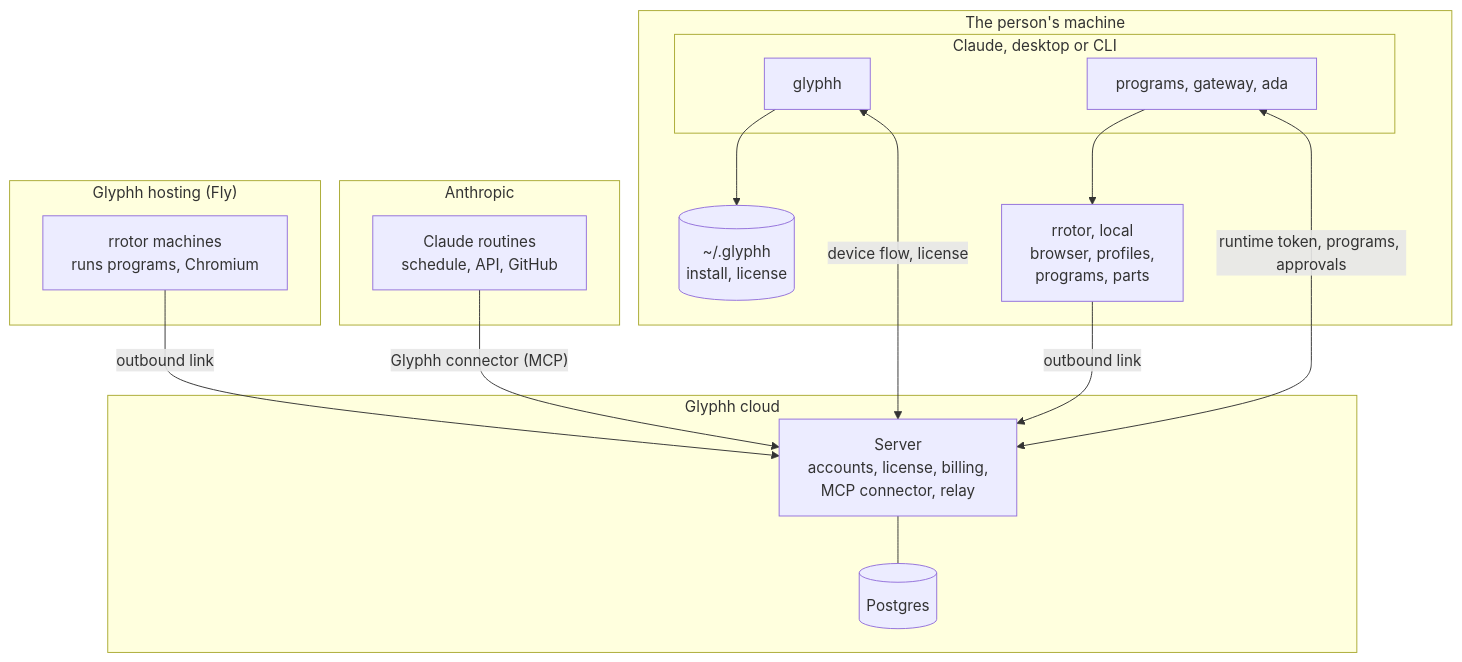
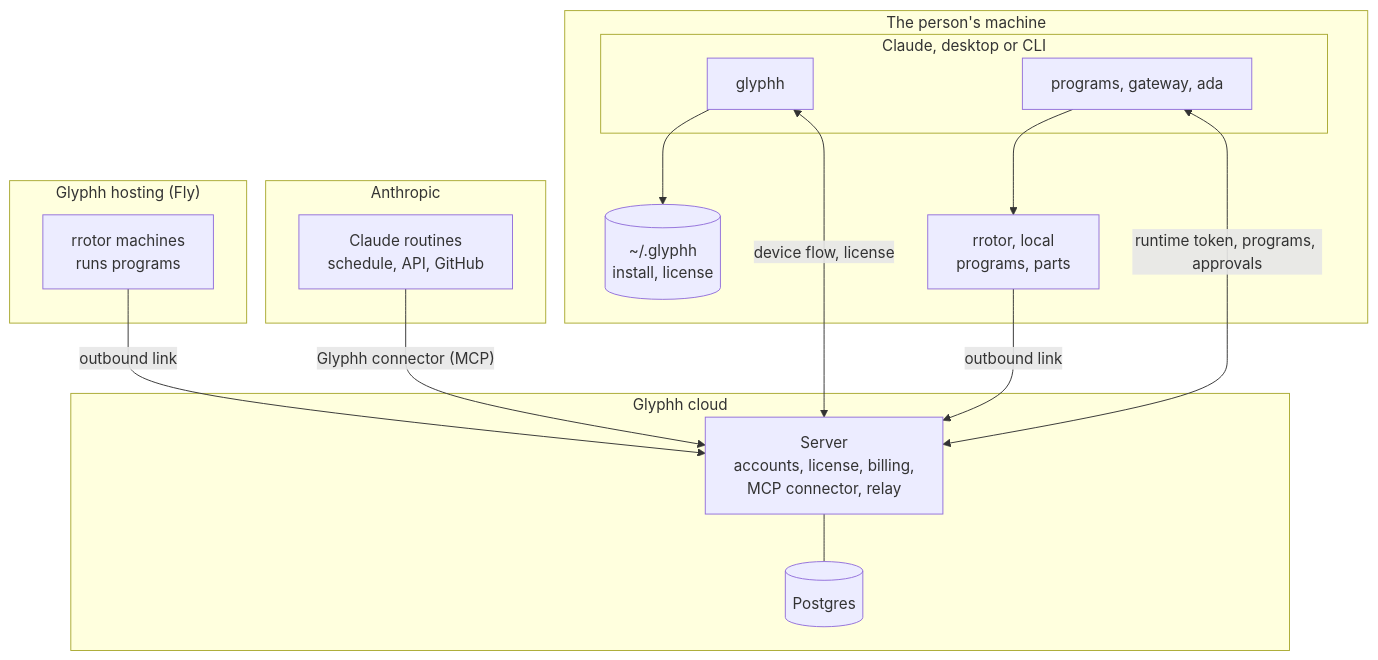
One commit to glyphh-ai/server changed the first of 2 diagrams in docs/architecture.md. Above: the diagram before and after it, drawn with Mermaid. The commit also changed other lines of this file and 6 other files, not shown here.

First line of the commit message:
Remove rrotor's browser: needs_signin and the live panel's frames, take control and live_open/live_close leave the link protocol

````diff
--- a/docs/architecture.md
+++ b/docs/architecture.md
@@ -26,33 +26,33 @@
 ```mermaid
 flowchart TB
     subgraph Machine["The person's machine"]
         subgraph Claude["Claude, desktop or CLI"]
             Base["glyphh"]
             PR["programs, gateway, ada"]
         end
-        LocalRotor["rrotor, local<br/>browser, profiles,<br/>programs, parts"]
+        LocalRotor["rrotor, local<br/>programs, parts"]
         Local[("~/.glyphh<br/>install, license")]
         PR --> LocalRotor
         Base --> Local
     end
 
     subgraph Anthropic["Anthropic"]
         Routine["Claude routines<br/>schedule, API, GitHub"]
     end
 
     subgraph Cloud["Glyphh cloud"]
         API["Server<br/>accounts, license, billing,<br/>MCP connector, relay"]
         DB[("Postgres")]
         API --- DB
     end
 
     subgraph Fly["Glyphh hosting (Fly)"]
-        Rotor["rrotor machines<br/>runs programs, Chromium"]
+        Rotor["rrotor machines<br/>runs programs"]
     end
 
     Base <-- "device flow, license" --> API
     PR <-- "runtime token, programs, approvals" --> API
     Routine -- "Glyphh connector (MCP)" --> API
     Rotor -- "outbound link" --> API
     LocalRotor -- "outbound link" --> API
 ```
````
